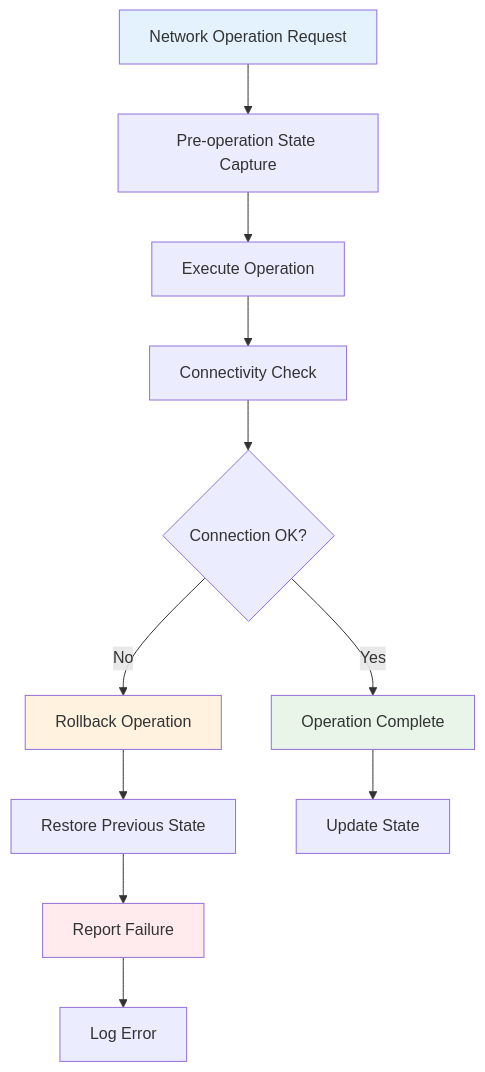
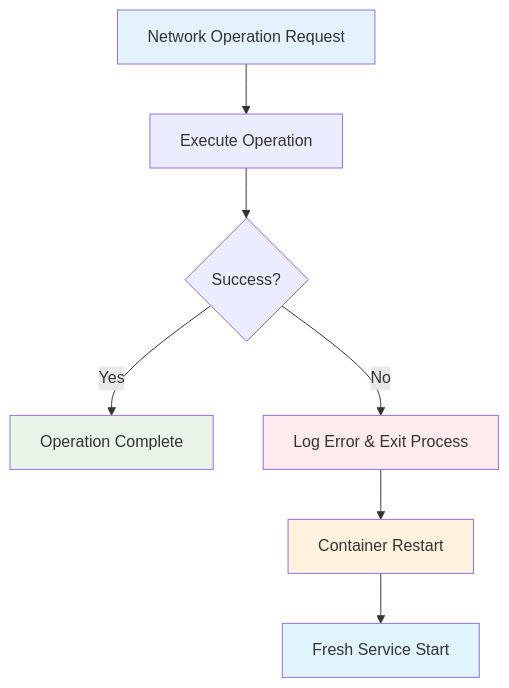
Before and after one commit to sparkfabrik/http-proxy: the fifth of 5 diagrams in docs/network-joining-flow.md, drawn with Mermaid. The commit also changed other lines of this file, not shown here.

````diff
--- a/docs/network-joining-flow.md
+++ b/docs/network-joining-flow.md
@@ -193,19 +194,16 @@
 ```mermaid
 graph TD
-    A[Network Operation Request] --> B[Pre-operation State Capture]
-    B --> C[Execute Operation]
-    C --> D[Connectivity Check]
-    D --> E{Connection OK?}
-    E -->|Yes| F[Operation Complete]
-    E -->|No| G[Rollback Operation]
-    G --> H[Restore Previous State]
-    H --> I[Report Failure]
-
-    F --> J[Update State]
-    I --> K[Log Error]
-
+    A[Network Operation Request] --> B[Execute Operation]
+    B --> C{Success?}
+    C -->|Yes| D[Operation Complete]
+    C -->|No| E[Log Error & Exit Process]
+    
+    E --> F[Container Restart]
+    F --> G[Fresh Service Start]
+    
     style A fill:#e3f2fd
-    style F fill:#e8f5e8
-    style I fill:#ffebee
-    style G fill:#fff3e0
+    style D fill:#e8f5e8
+    style E fill:#ffebee
+    style F fill:#fff3e0
+    style G fill:#e1f5fe
 ```
````
